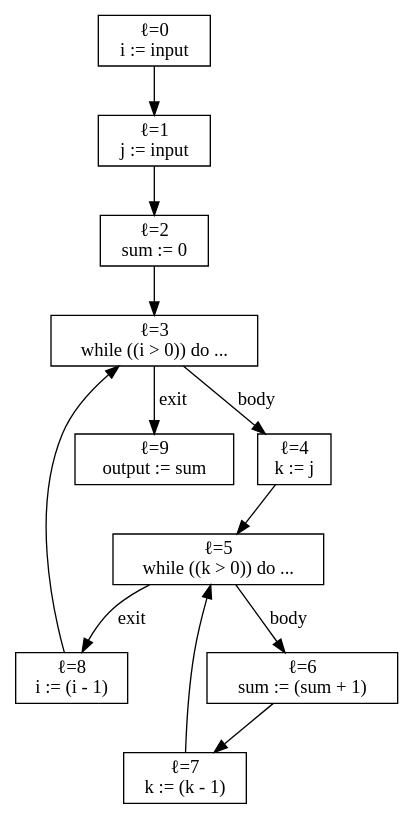
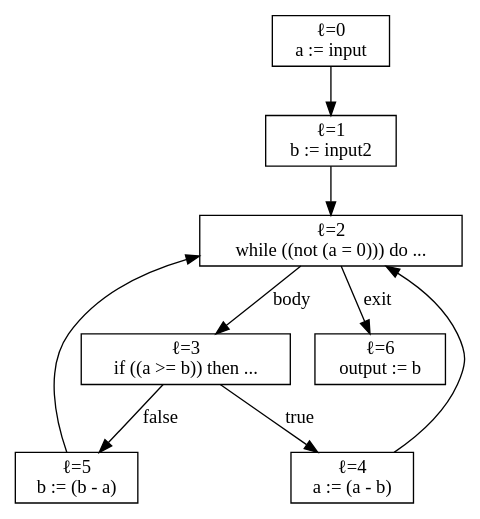
The diagram in project2/src/dotfiles/cfg.dot (CatchSyntaxTerror/Terminators), drawn with Graphviz before and after one commit. The commit also changed 10 other files, not shown here.

```diff
--- a/project2/src/dotfiles/cfg.dot
+++ b/project2/src/dotfiles/cfg.dot
@@ -1,24 +1,18 @@
 digraph CFG {
   node [shape=box];
-  9 [label="ℓ=9\noutput := sum"];
-  8 [label="ℓ=8\ni := (i - 1)"];
-  7 [label="ℓ=7\nk := (k - 1)"];
-  6 [label="ℓ=6\nsum := (sum + 1)"];
-  5 [label="ℓ=5\nwhile ((k > 0)) do ..."];
-  4 [label="ℓ=4\nk := j"];
-  3 [label="ℓ=3\nwhile ((i > 0)) do ..."];
-  2 [label="ℓ=2\nsum := 0"];
-  1 [label="ℓ=1\nj := input"];
-  0 [label="ℓ=0\ni := input"];
-  8 -> 3;
-  7 -> 5;
-  6 -> 7;
-  5 -> 6 [label="body"];
-  5 -> 8 [label="exit"];
-  4 -> 5;
-  3 -> 4 [label="body"];
-  3 -> 9 [label="exit"];
-  2 -> 3;
+  6 [label="ℓ=6\noutput := b"];
+  5 [label="ℓ=5\nb := (b - a)"];
+  4 [label="ℓ=4\na := (a - b)"];
+  3 [label="ℓ=3\nif ((a >= b)) then ..."];
+  2 [label="ℓ=2\nwhile ((not (a = 0))) do ..."];
+  1 [label="ℓ=1\nb := input2"];
+  0 [label="ℓ=0\na := input"];
+  5 -> 2;
+  4 -> 2;
+  3 -> 4 [label="true"];
+  3 -> 5 [label="false"];
+  2 -> 3 [label="body"];
+  2 -> 6 [label="exit"];
   1 -> 2;
   0 -> 1;
 }
```
